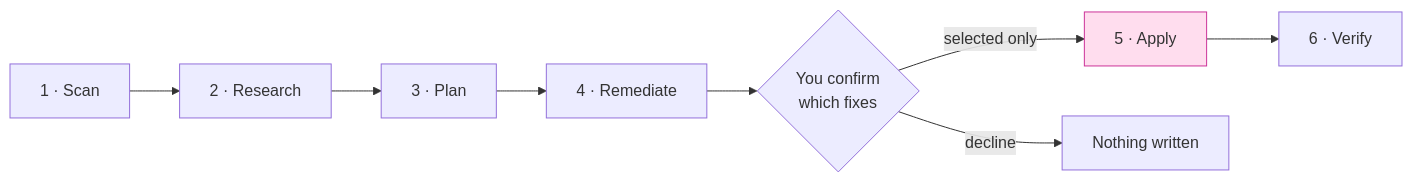
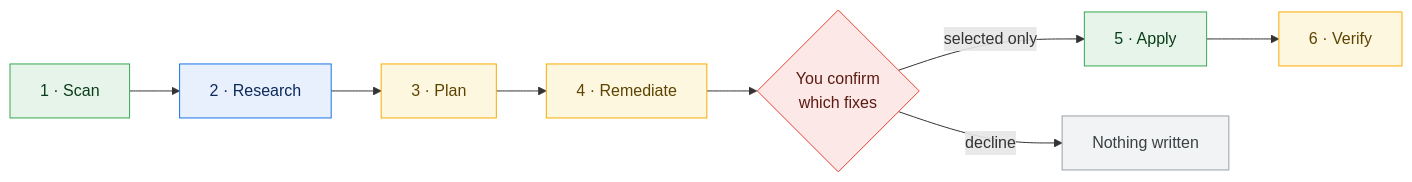
The second of 4 diagrams in README.md (njranum/Fix-My-Vibe), drawn with Mermaid before and after one commit. The commit also changed other lines of this file, not shown here.

Commit message:
Polish README: Foundry IQ branding, colour-coded pipeline, TOC
- Thread 'Foundry IQ' through the grounding claims (the KB-grounded reasoning).
- Colour-code the pipeline diagram by engine (deterministic Python / LLM / both)
  with a legend, so the deterministic-first design reads at a glance.
- Add a table-of-contents line for navigation.

````diff
--- a/README.md
+++ b/README.md
@@ -73,10 +75,13 @@
 ```mermaid
 flowchart LR
-    Scan["1 · Scan"] --> Research["2 · Research"] --> Plan["3 · Plan"] --> Rem["4 · Remediate"]
-    Rem --> Gate{"You confirm<br/>which fixes"}
-    Gate -->|selected only| Apply["5 · Apply"] --> Verify["6 · Verify"]
-    Gate -->|decline| Stop["Nothing written"]
+    Scan["1 · Scan"]:::det --> Research["2 · Research"]:::llm --> Plan["3 · Plan"]:::mix --> Rem["4 · Remediate"]:::mix
+    Rem --> Gate{"You confirm<br/>which fixes"}:::gate
+    Gate -->|selected only| Apply["5 · Apply"]:::det --> Verify["6 · Verify"]:::mix
+    Gate -->|decline| Stop["Nothing written"]:::stop
 
-    classDef write fill:#fde,stroke:#c39
-    class Apply write
+    classDef det fill:#e6f4ea,stroke:#34a853,color:#0b3d1a
+    classDef llm fill:#e8f0fe,stroke:#1a73e8,color:#0b2a5b
+    classDef mix fill:#fef7e0,stroke:#f9ab00,color:#5c4400
+    classDef gate fill:#fce8e6,stroke:#ea4335,color:#5c1a12
+    classDef stop fill:#f1f3f4,stroke:#9aa0a6,color:#3c4043
 ```
````
